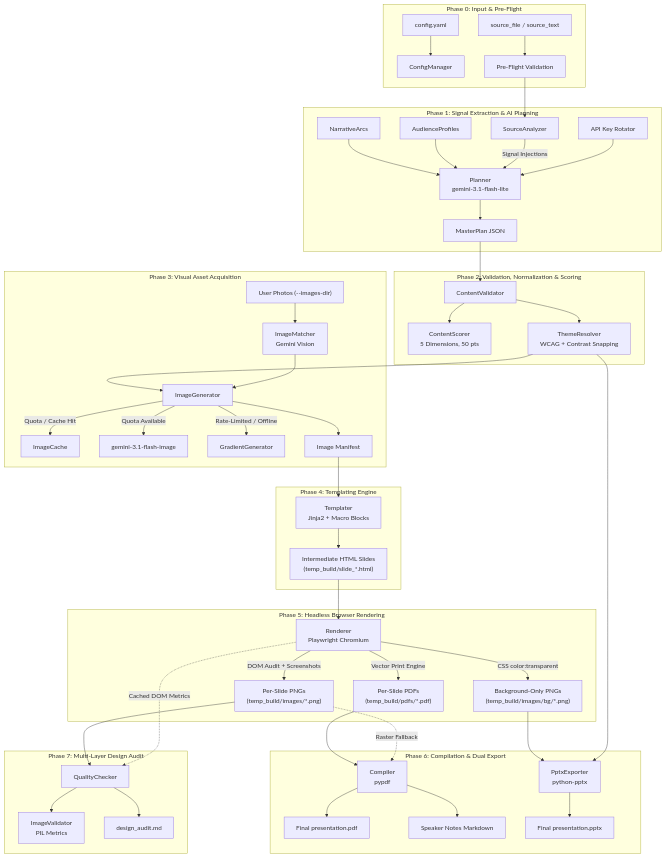
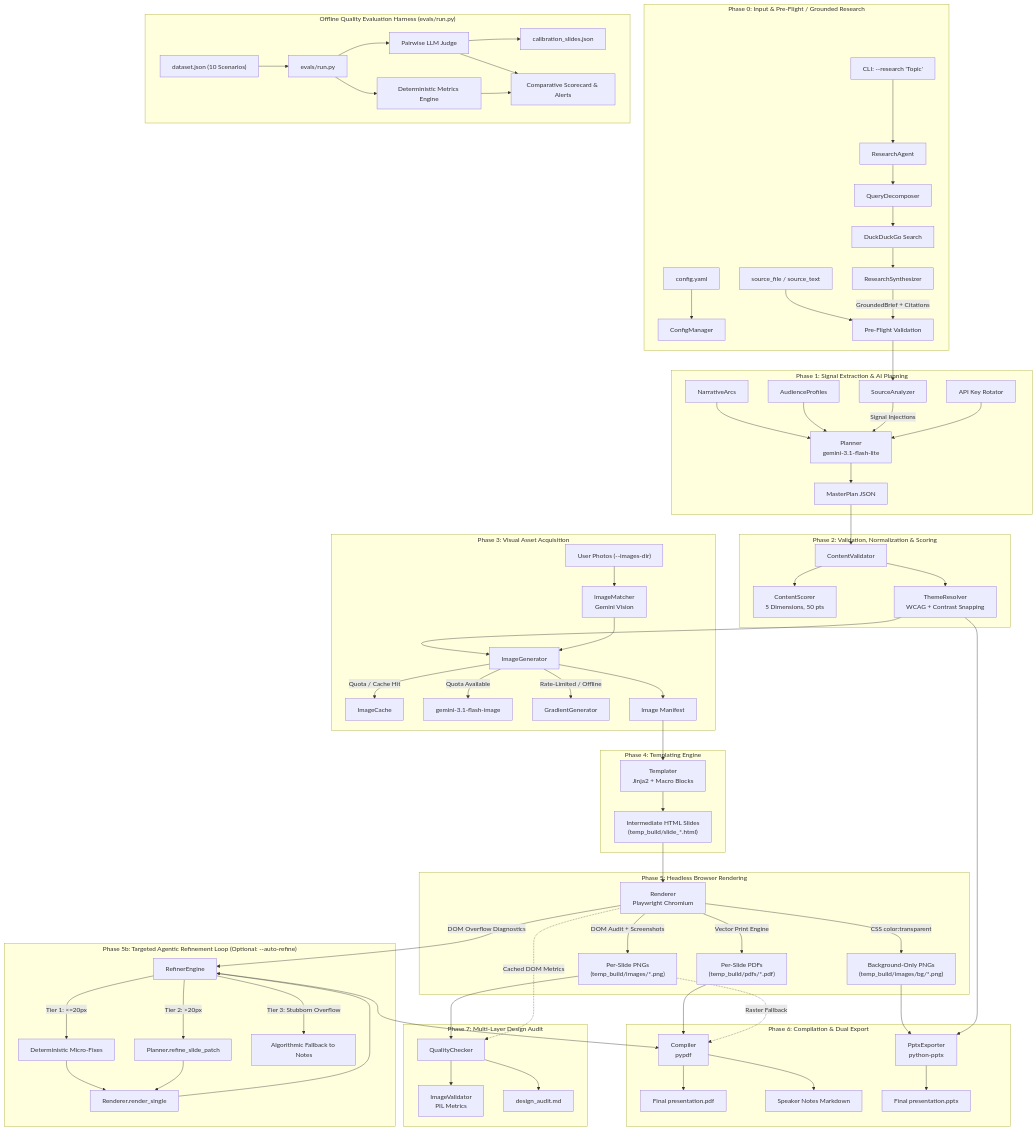
The second of 5 diagrams in docs/architecture.md (vedant-asati/ai-ppt-maker), drawn with Mermaid before and after one commit. The commit also changed other lines of this file and 4 other files, not shown here.

Commit message:
docs: update README, architecture, and session retrospective for GenAI extensions

````diff
--- a/docs/architecture.md
+++ b/docs/architecture.md
@@ -61,8 +64,13 @@
 ```mermaid
 flowchart TD
-    subgraph S0["Phase 0: Input & Pre-Flight"]
+    subgraph S0["Phase 0: Input & Pre-Flight / Grounded Research"]
         C["config.yaml"] --> CM[ConfigManager]
         SF["source_file / source_text"] --> PV[Pre-Flight Validation]
+        CLI_R["CLI: --research 'Topic'"] --> RA[ResearchAgent]
+        RA --> QD[QueryDecomposer]
+        QD --> DDG[DuckDuckGo Search]
+        DDG --> RS[ResearchSynthesizer]
+        RS -->|GroundedBrief + Citations| PV
     end
 
     subgraph S1["Phase 1: Signal Extraction & AI Planning"]
@@ -102,8 +110,19 @@
         RN -->|CSS color:transparent| BG_PNG["Background-Only PNGs<br>(temp_build/images/bg/*.png)"]
     end
 
+    subgraph S5b["Phase 5b: Targeted Agentic Refinement Loop (Optional: --auto-refine)"]
+        RN -->|DOM Overflow Diagnostics| RE[RefinerEngine]
+        RE -->|Tier 1: <=20px| DET[Deterministic Micro-Fixes]
+        RE -->|Tier 2: >20px| PATCH[Planner.refine_slide_patch]
+        RE -->|Tier 3: Stubborn Overflow| NOTES[Algorithmic Fallback to Notes]
+        DET --> RE_RENDER[Renderer.render_single]
+        PATCH --> RE_RENDER
+        RE_RENDER --> RE
+    end
+
     subgraph S6["Phase 6: Compilation & Dual Export"]
-        SL_PDF --> CMP[Compiler<br>pypdf]
+        RE --> CMP[Compiler<br>pypdf]
+        SL_PDF --> CMP
         SL_PNG -.->|Raster Fallback| CMP
         CMP --> OUT_PDF["Final presentation.pdf"]
         CMP --> OUT_NOTES["Speaker Notes Markdown"]
@@ -118,4 +137,13 @@
         QC --> IV[ImageValidator<br>PIL Metrics]
         QC --> OUT_AUDIT["design_audit.md"]
     end
+
+    subgraph S8["Offline Quality Evaluation Harness (evals/run.py)"]
+        GOLDEN["dataset.json (10 Scenarios)"] --> EV_RUN[evals/run.py]
+        EV_RUN --> DET_METRICS[Deterministic Metrics Engine]
+        EV_RUN --> JUDGE[Pairwise LLM Judge]
+        JUDGE --> CALIB[calibration_slides.json]
+        DET_METRICS --> SCORECARD["Comparative Scorecard & Alerts"]
+        JUDGE --> SCORECARD
+    end
 ```
````
